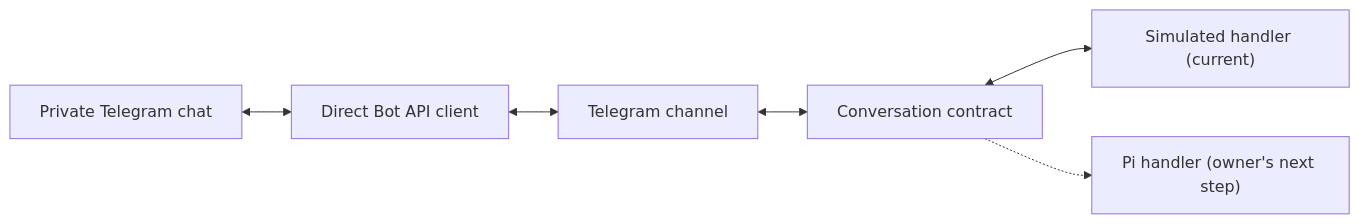
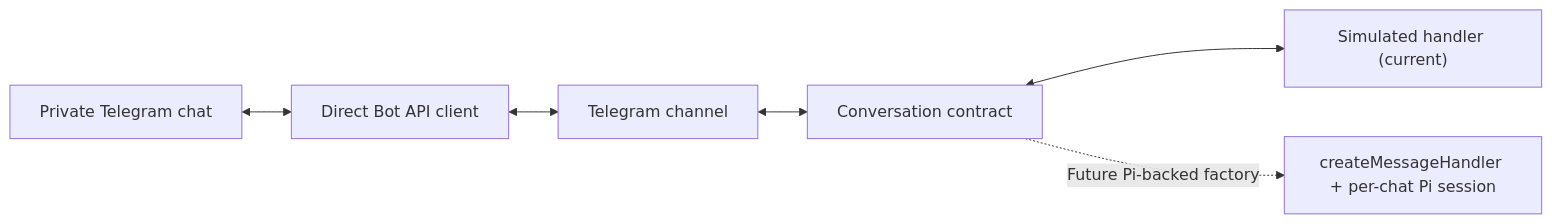
One commit to fjeansilva/ava-personal-assistant changed the fifth of 6 diagrams in ARCHITECTURE.md. Above: the diagram before and after it, drawn with Mermaid. The commit also changed other lines of this file and 3 other files, not shown here.

First line of the commit message:
docs: document extracted message handler and Telegram plan progress

````diff
--- a/ARCHITECTURE.md
+++ b/ARCHITECTURE.md
@@ -165,8 +211,8 @@
 ```mermaid
 flowchart LR
     User["Private Telegram chat"] <--> API["Direct Bot API client"]
     API <--> Channel["Telegram channel"]
     Channel <--> Contract["Conversation contract"]
     Contract <--> Fake["Simulated handler (current)"]
-    Contract -.-> Pi["Pi handler (owner's next step)"]
+    Contract -.->|"Future Pi-backed factory"| Pi["createMessageHandler + per-chat Pi session"]
 ```
````
